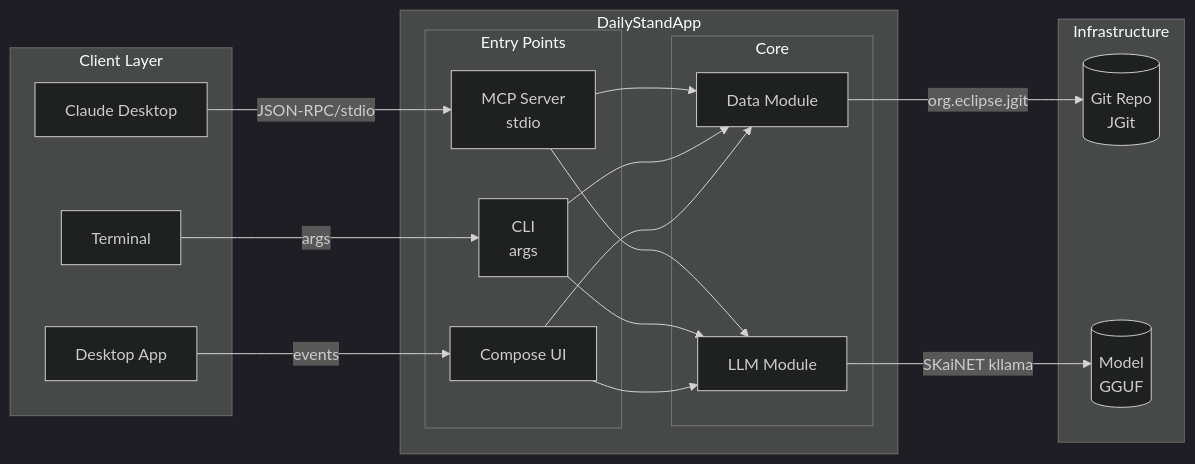
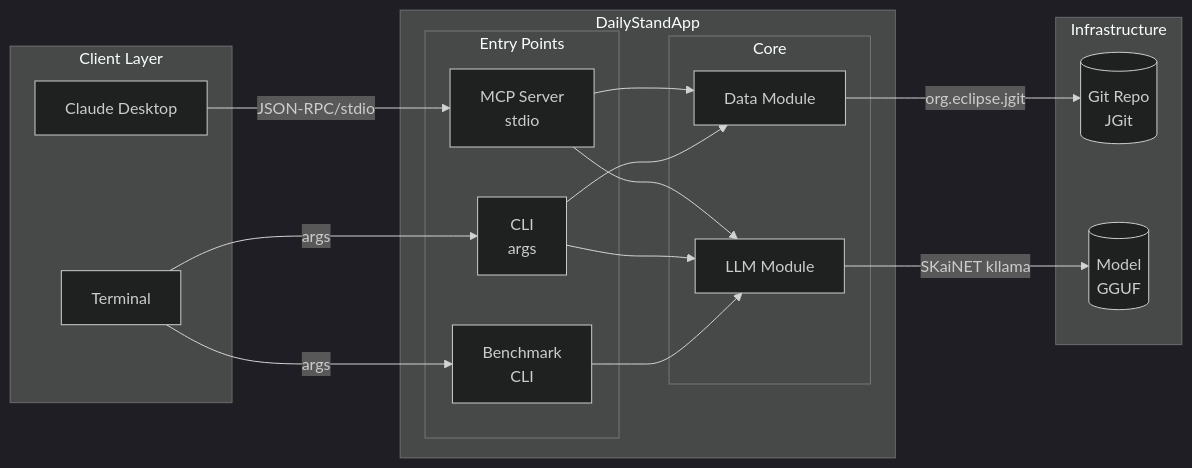
Before and after one commit to michalharakal/Daily-StandAPP: the second of 3 diagrams in docs/modules/architecture/pages/03-context-scope.adoc, drawn with Mermaid (dark theme). The commit also changed other lines of this file and 10 other files, not shown here.

First line of the commit message:
Update arc42 architecture docs to reflect current codebase

```diff
--- a/docs/modules/architecture/pages/03-context-scope.adoc
+++ b/docs/modules/architecture/pages/03-context-scope.adoc
@@ -70,41 +66,39 @@
 [mermaid]
 ----
 flowchart LR
     subgraph "Client Layer"
         CLAUDE[Claude Desktop]
         TERMINAL[Terminal]
-        DESKTOP[Desktop App]
     end
 
     subgraph "DailyStandApp"
         subgraph "Entry Points"
             MCP[MCP Server<br/>stdio]
             CLI[CLI<br/>args]
-            UI[Compose UI]
+            BENCH[Benchmark<br/>CLI]
         end
 
         subgraph "Core"
             LLM[LLM Module]
             DATA[Data Module]
         end
     end
 
     subgraph "Infrastructure"
         GIT[(Git Repo<br/>JGit)]
         GGUF[(Model<br/>GGUF)]
     end
 
     CLAUDE -->|"JSON-RPC/stdio"| MCP
     TERMINAL -->|"args"| CLI
-    DESKTOP -->|"events"| UI
+    TERMINAL -->|"args"| BENCH
 
     MCP --> LLM
     MCP --> DATA
     CLI --> LLM
     CLI --> DATA
-    UI --> LLM
-    UI --> DATA
+    BENCH --> LLM
 
     DATA -->|"org.eclipse.jgit"| GIT
     LLM -->|"SKaiNET kllama"| GGUF
 ----
```
